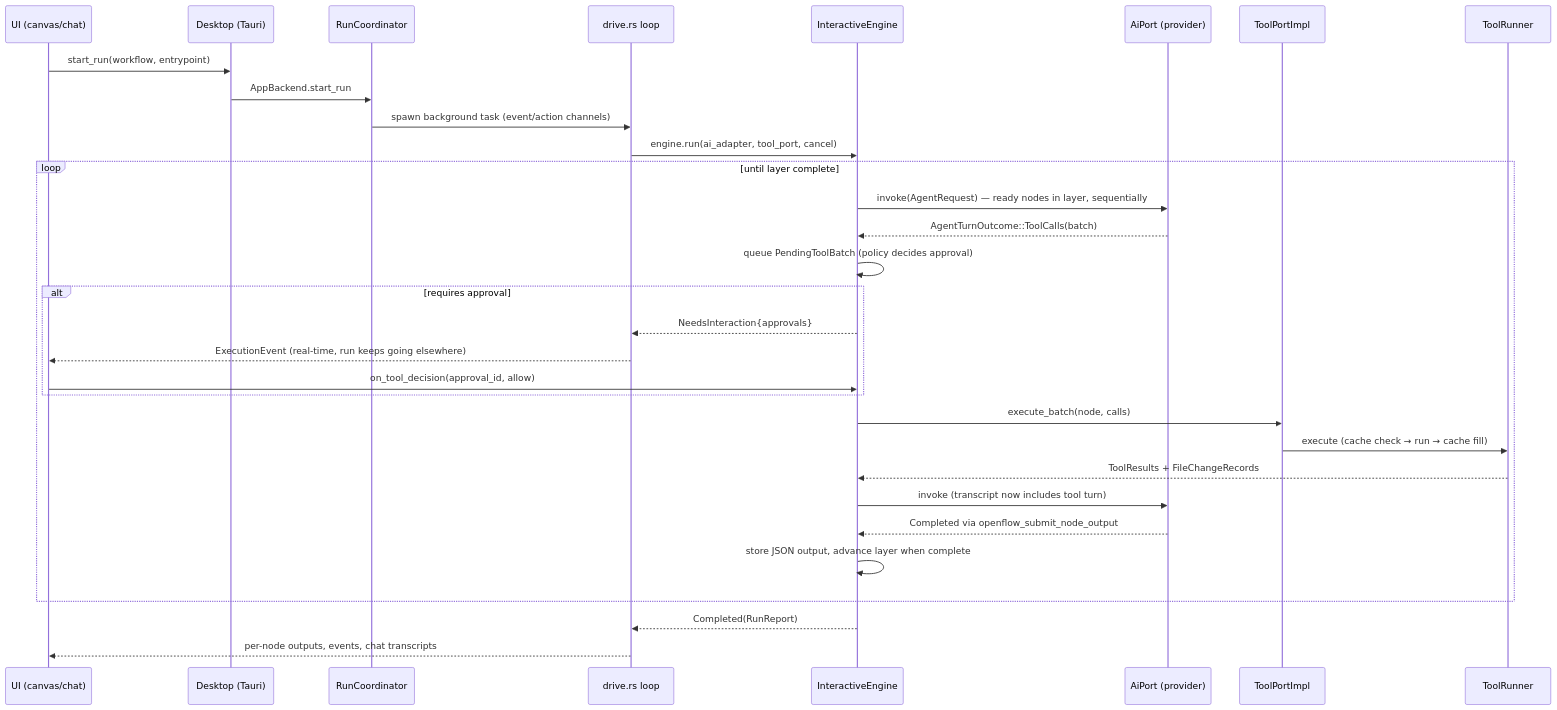
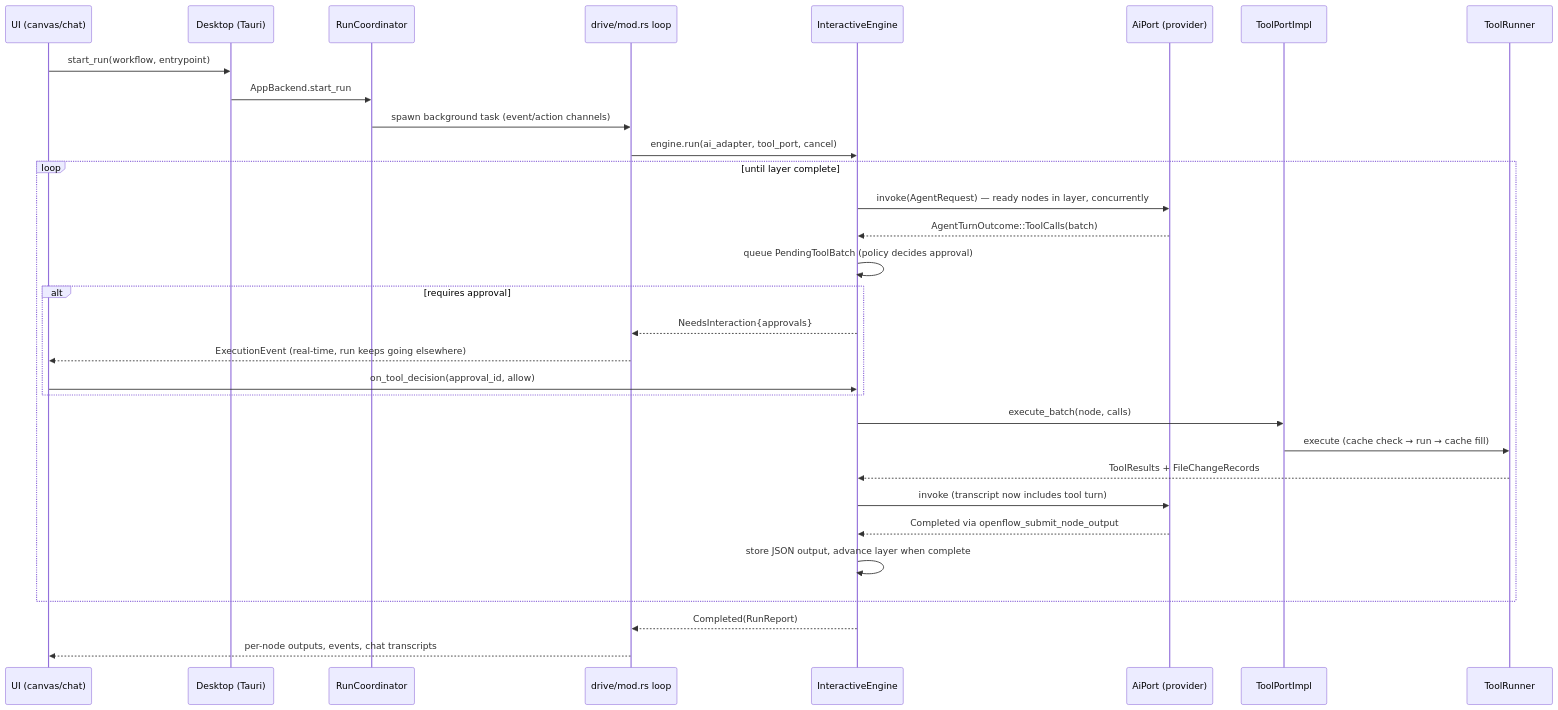
The third of 7 diagrams in docs/architecture/technical-overview.md (philbotar/OpenFlow), drawn with Mermaid before and after one commit. The commit also changed other lines of this file and 75 other files, not shown here.

````diff
--- a/docs/architecture/technical-overview.md
+++ b/docs/architecture/technical-overview.md
@@ -120,34 +66,34 @@
 ```mermaid
 sequenceDiagram
     participant UI as UI (canvas/chat)
     participant D as Desktop (Tauri)
     participant RC as RunCoordinator
-    participant DR as drive.rs loop
+    participant DR as drive/mod.rs loop
     participant E as InteractiveEngine
     participant AI as AiPort (provider)
     participant TP as ToolPortImpl
     participant TR as ToolRunner
 
     UI->>D: start_run(workflow, entrypoint)
     D->>RC: AppBackend.start_run
     RC->>DR: spawn background task (event/action channels)
     DR->>E: engine.run(ai_adapter, tool_port, cancel)
     loop until layer complete
-        E->>AI: invoke(AgentRequest) — ready nodes in layer, sequentially
+        E->>AI: invoke(AgentRequest) — ready nodes in layer, concurrently
         AI-->>E: AgentTurnOutcome::ToolCalls(batch)
         E->>E: queue PendingToolBatch (policy decides approval)
         alt requires approval
             E-->>DR: NeedsInteraction{approvals}
             DR-->>UI: ExecutionEvent (real-time, run keeps going elsewhere)
             UI->>E: on_tool_decision(approval_id, allow)
         end
         E->>TP: execute_batch(node, calls)
         TP->>TR: execute (cache check → run → cache fill)
         TR-->>E: ToolResults + FileChangeRecords
         E->>AI: invoke (transcript now includes tool turn)
         AI-->>E: Completed via openflow_submit_node_output
         E->>E: store JSON output, advance layer when complete
     end
     E-->>DR: Completed(RunReport)
     DR-->>UI: per-node outputs, events, chat transcripts
 ```
````
